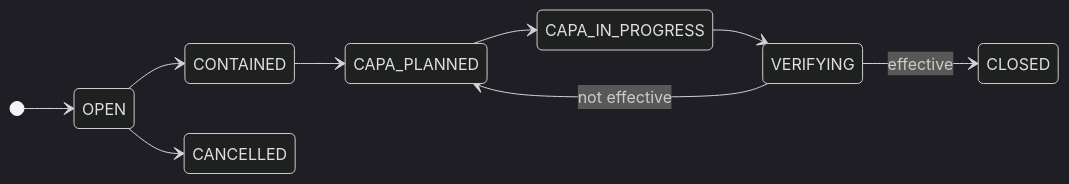
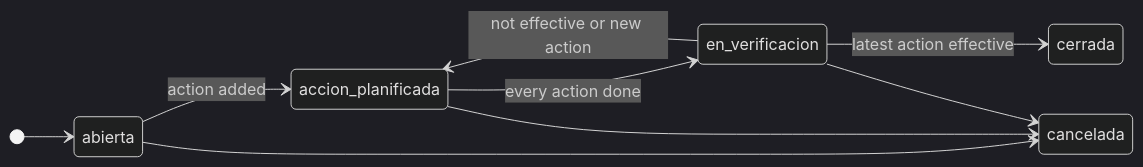
One commit to constant1n0/iso9001 changed the second of 3 diagrams in docs/iso-9001-gap-analysis.md. Above: the diagram before and after it, drawn with Mermaid (dark theme). The commit also changed other lines of this file and 2 other files, not shown here.

````diff
--- a/docs/iso-9001-gap-analysis.md
+++ b/docs/iso-9001-gap-analysis.md
@@ -178,12 +231,12 @@
 ```mermaid
 stateDiagram-v2
     direction LR
-    [*] --> OPEN
-    OPEN --> CONTAINED
-    CONTAINED --> CAPA_PLANNED
-    CAPA_PLANNED --> CAPA_IN_PROGRESS
-    CAPA_IN_PROGRESS --> VERIFYING
-    VERIFYING --> CLOSED: effective
-    VERIFYING --> CAPA_PLANNED: not effective
-    OPEN --> CANCELLED
+    [*] --> abierta
+    abierta --> accion_planificada: action added
+    accion_planificada --> en_verificacion: every action done
+    en_verificacion --> accion_planificada: not effective or new action
+    en_verificacion --> cerrada: latest action effective
+    abierta --> cancelada
+    accion_planificada --> cancelada
+    en_verificacion --> cancelada
 ```
````
